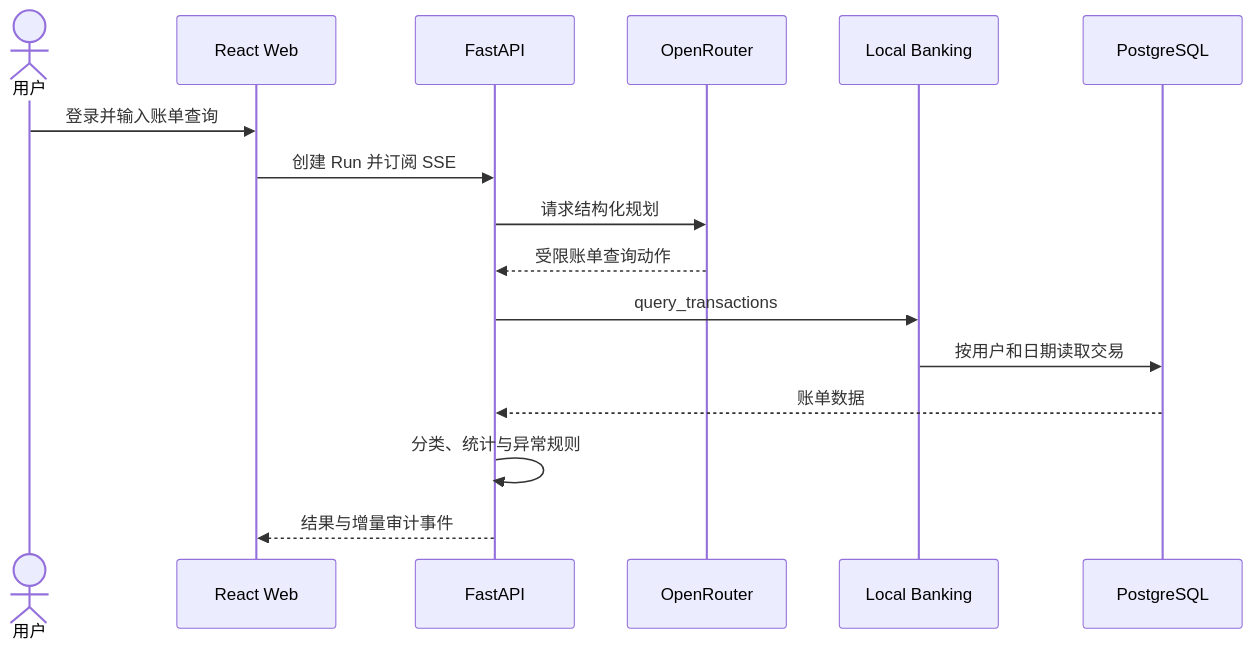
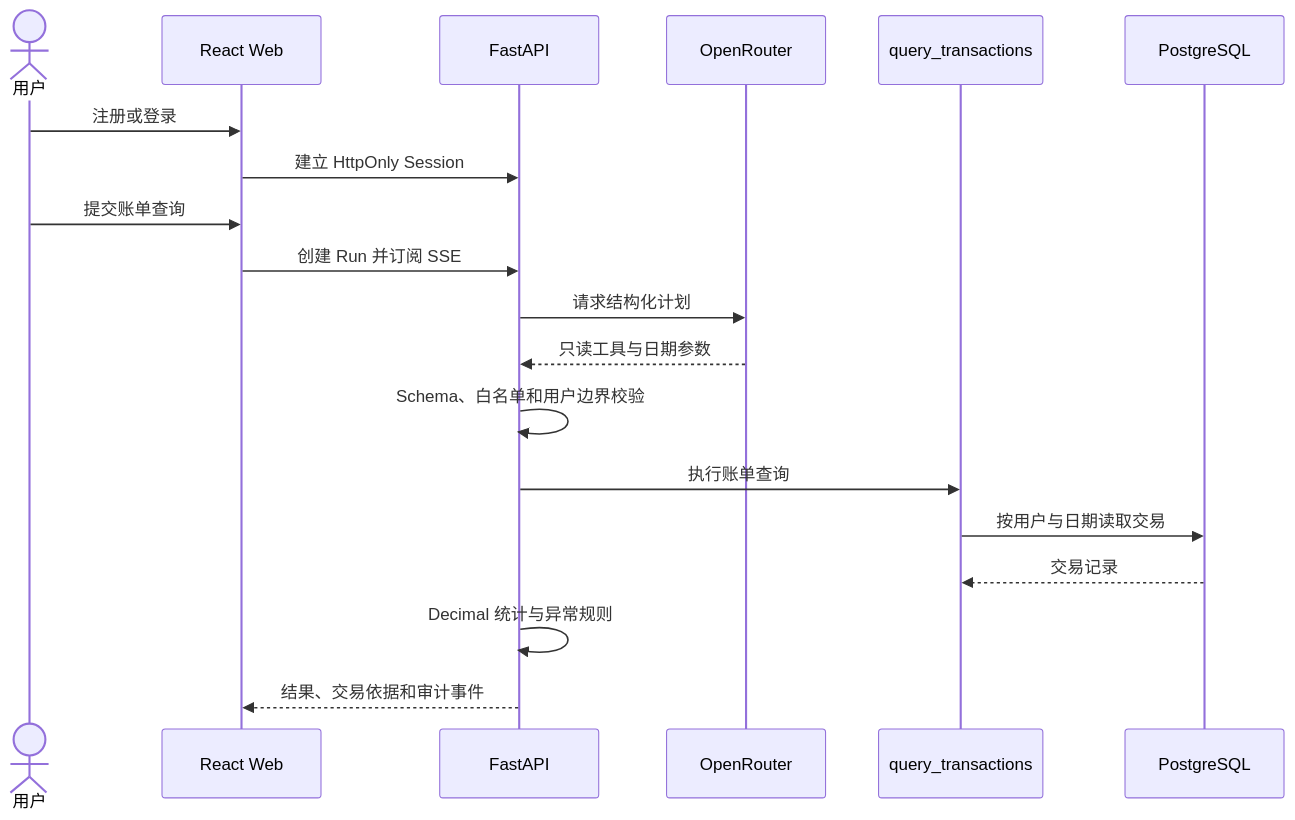
Before and after one commit to Masterora/bankpilot-agent: the diagram in docs/RUNBOOK.md, drawn with Mermaid. The commit also changed other lines of this file and 24 other files, not shown here.

````diff
--- a/docs/RUNBOOK.md
+++ b/docs/RUNBOOK.md
@@ -5,19 +5,22 @@
 ```mermaid
 sequenceDiagram
     actor U as 用户
     participant W as React Web
     participant A as FastAPI
     participant M as OpenRouter
-    participant B as Local Banking
+    participant T as query_transactions
     participant P as PostgreSQL
 
-    U->>W: 登录并输入账单查询
+    U->>W: 注册或登录
+    W->>A: 建立 HttpOnly Session
+    U->>W: 提交账单查询
     W->>A: 创建 Run 并订阅 SSE
-    A->>M: 请求结构化规划
-    M-->>A: 受限账单查询动作
-    A->>B: query_transactions
-    B->>P: 按用户和日期读取交易
-    P-->>A: 账单数据
-    A->>A: 分类、统计与异常规则
-    A-->>W: 结果与增量审计事件
+    A->>M: 请求结构化计划
+    M-->>A: 只读工具与日期参数
+    A->>A: Schema、白名单和用户边界校验
+    A->>T: 执行账单查询
+    T->>P: 按用户与日期读取交易
+    P-->>T: 交易记录
+    A->>A: Decimal 统计与异常规则
+    A-->>W: 结果、交易依据和审计事件
 ```
````
